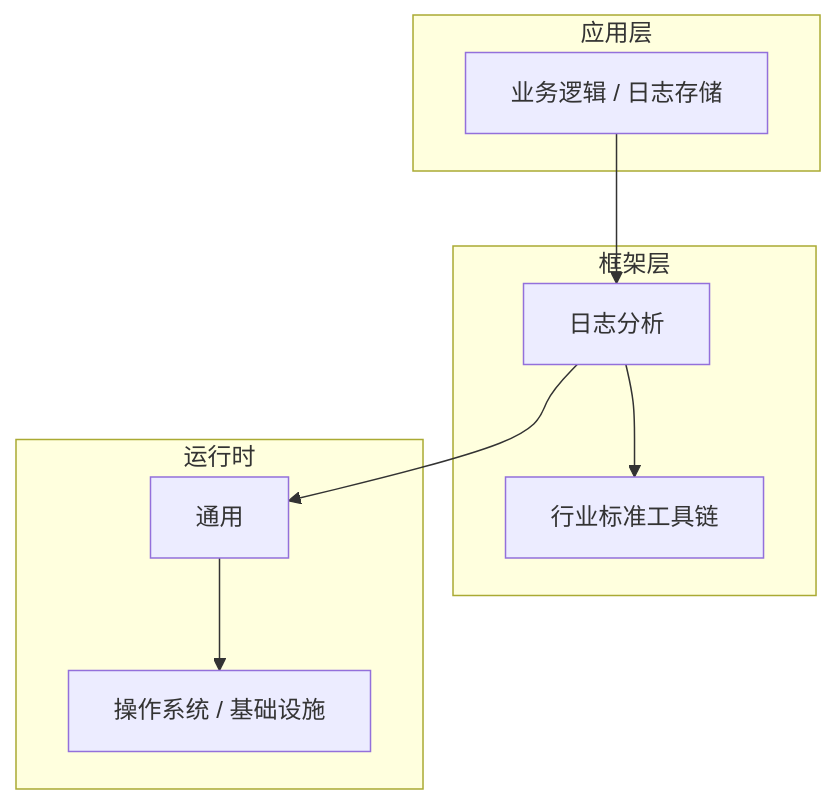
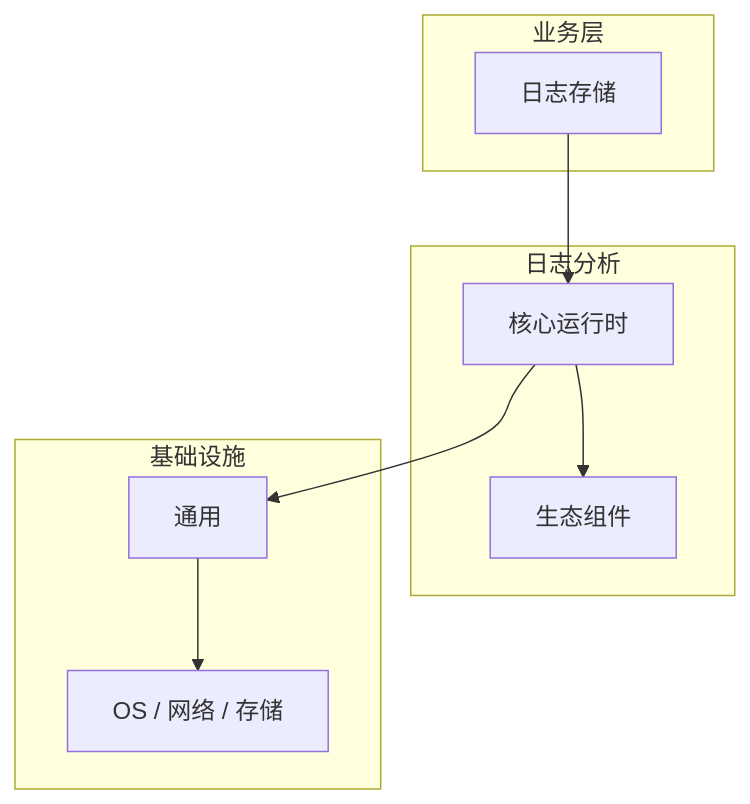
The diagram in articles/日志分析/chapters/013-日志存储核心概念与原理.md (yanggan2015/knowledge-json-v2), drawn with Mermaid before and after one commit. The commit also changed other lines of this file and 10127 other files, not shown here.

````diff
--- a/articles/日志分析/chapters/013-日志存储核心概念与原理.md
+++ b/articles/日志分析/chapters/013-日志存储核心概念与原理.md
@@ -45,18 +34,18 @@
 ```mermaid
 graph TB
-    subgraph 应用层
-        A[业务逻辑 / 日志存储]
+    subgraph 业务层
+        A[日志存储]
     end
-    subgraph 框架层
-        B[日志分析]
-        C[行业标准工具链]
+    subgraph 日志分析
+        B[核心运行时]
+        C[生态组件]
     end
-    subgraph 运行时
+    subgraph 基础设施
         D[通用]
-        E[操作系统 / 基础设施]
+        E[OS / 网络 / 存储]
     end
     A --> B
     B --> C
     B --> D
     D --> E
 ```
````
